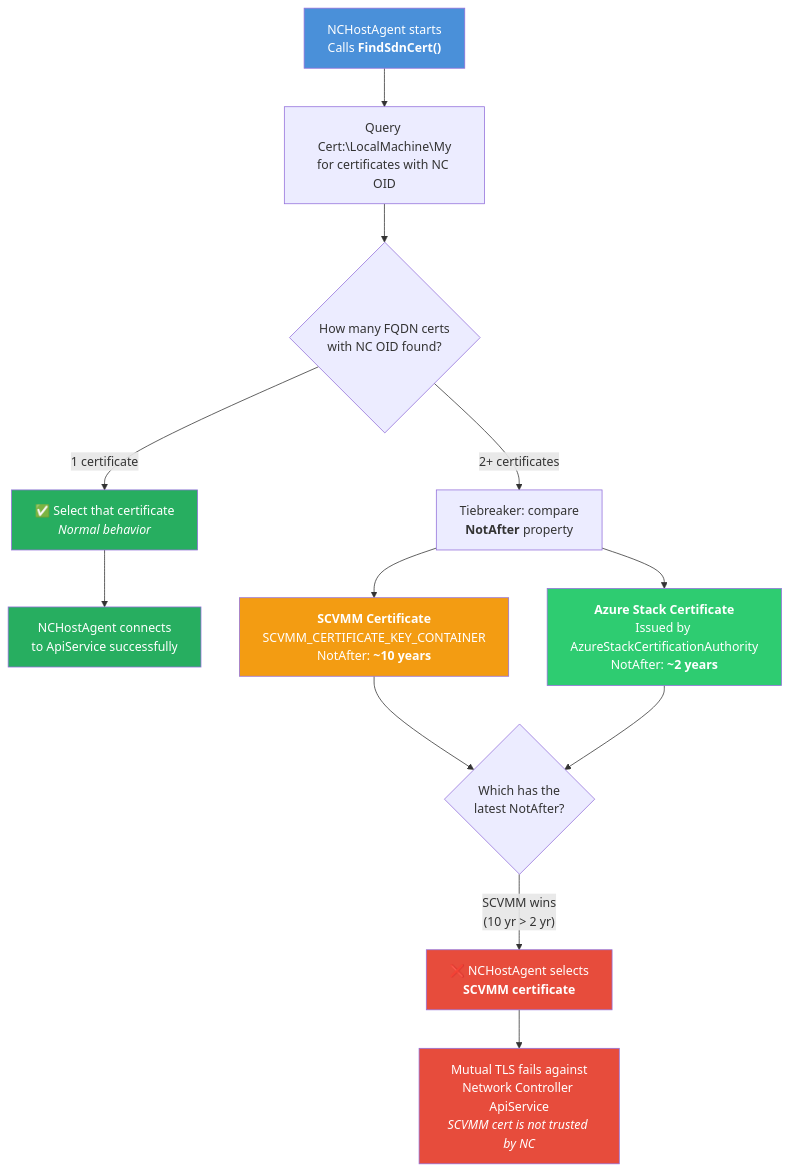
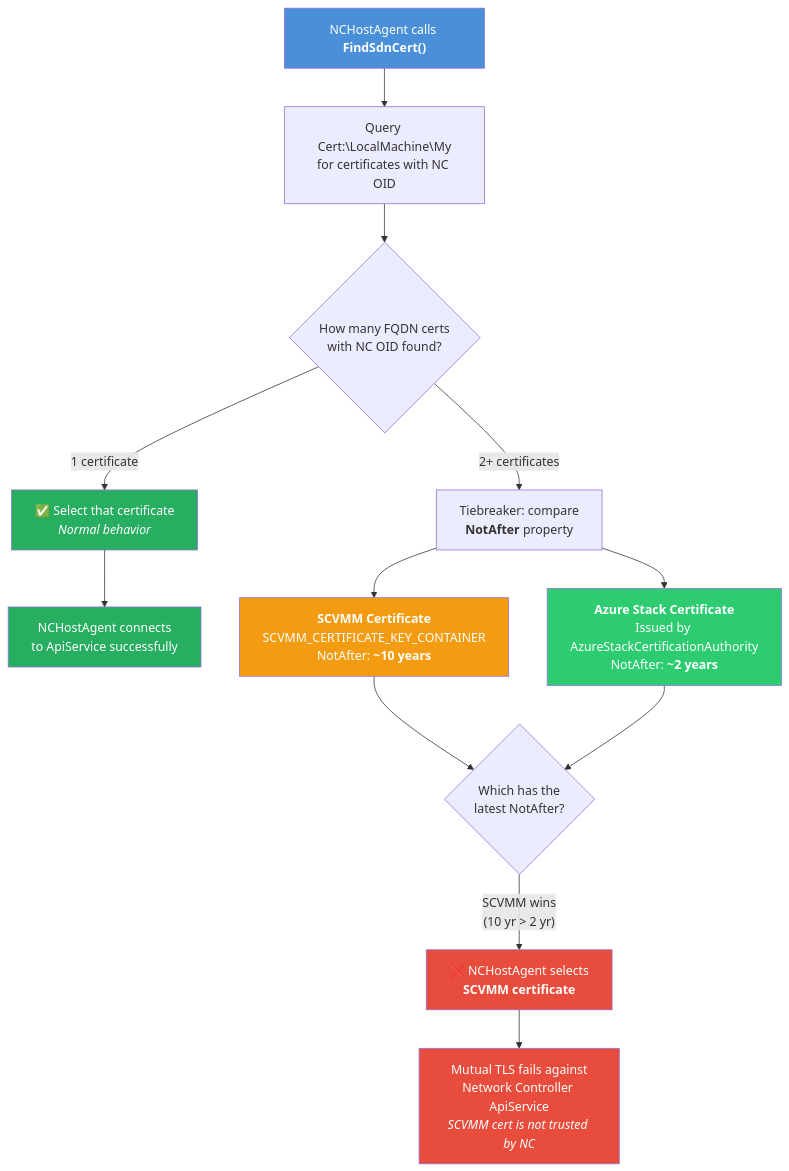
One commit to Appelcloud/AzureLocal-Supportability changed the diagram in TSG/Networking/Arc-Enabled-SDN/NCHostAgent-unable-to-connect-to-ApiService-due-to-SCVMM-certificate.md. Above: the diagram before and after it, drawn with Mermaid.

Commit message:
Fix flowchart for NCHostAgent certificate query
Updated flowchart in documentation to clarify NCHostAgent's certificate query process.

````diff
--- a/TSG/Networking/Arc-Enabled-SDN/NCHostAgent-unable-to-connect-to-ApiService-due-to-SCVMM-certificate.md
+++ b/TSG/Networking/Arc-Enabled-SDN/NCHostAgent-unable-to-connect-to-ApiService-due-to-SCVMM-certificate.md
@@ -58,22 +58,22 @@
 ```mermaid
 flowchart TD
-    A["NCHostAgent starts<br/>Calls <b>FindSdnCert()</b>"] --> B["Query Cert:\LocalMachine\My<br/>for certificates with NC OID"]
+    A["NCHostAgent calls <b>FindSdnCert()</b>"] --> B["Query Cert:\LocalMachine\My<br/>for certificates with NC OID"]
     B --> C{"How many FQDN certs<br/>with NC OID found?"}
     C -- "1 certificate" --> D["✅ Select that certificate<br/><i>Normal behavior</i>"]
     D --> K["NCHostAgent connects<br/>to ApiService successfully"]
     C -- "2+ certificates" --> E["Tiebreaker: compare<br/><b>NotAfter</b> property"]
     E --> F["<b>SCVMM Certificate</b><br/>SCVMM_CERTIFICATE_KEY_CONTAINER<br/>NotAfter: <b>~10 years</b>"]
     E --> G["<b>Azure Stack Certificate</b><br/>Issued by AzureStackCertificationAuthority<br/>NotAfter: <b>~2 years</b>"]
     F --> H{"Which has the<br/>latest NotAfter?"}
     G --> H
     H -- "SCVMM wins<br/>(10 yr > 2 yr)" --> I["❌ NCHostAgent selects<br/><b>SCVMM certificate</b>"]
     I --> J["Mutual TLS fails against<br/>Network Controller ApiService<br/><i>SCVMM cert is not trusted by NC</i>"]
 
     style A fill:#4a90d9,color:#fff
     style D fill:#27ae60,color:#fff
     style K fill:#27ae60,color:#fff
     style I fill:#e74c3c,color:#fff
     style J fill:#e74c3c,color:#fff
     style F fill:#f39c12,color:#fff
     style G fill:#2ecc71,color:#fff
 ```
````
